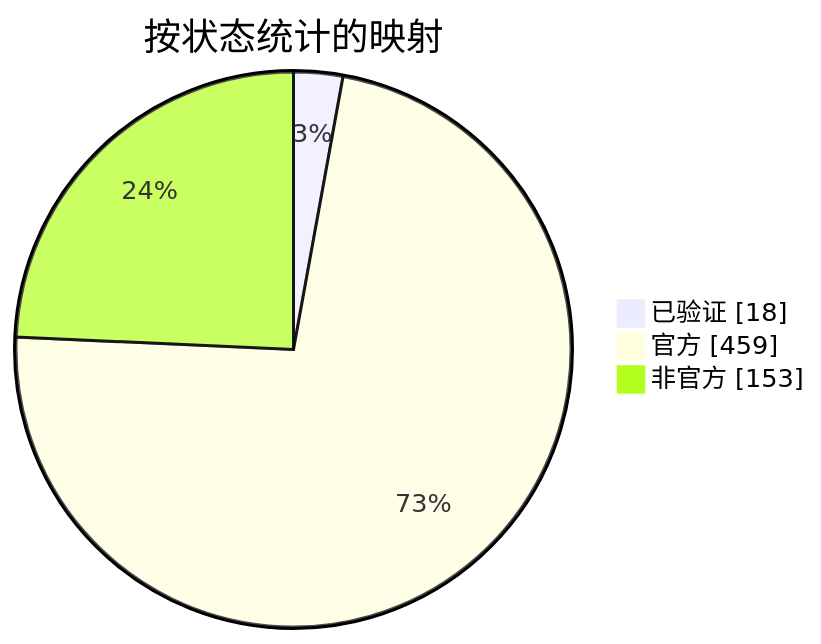
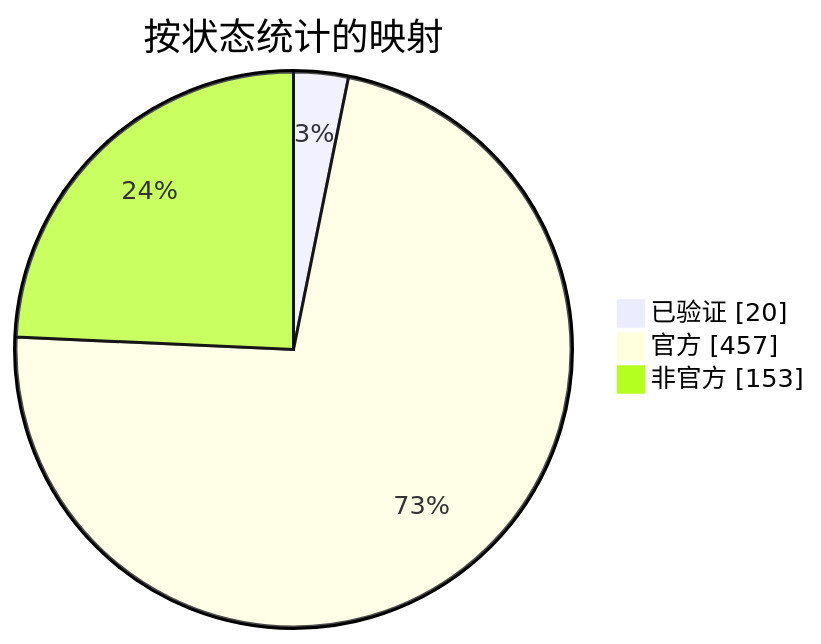
One commit to nobrega8/mbmap-library changed the diagram in docs/readme/README_ZHS.md. Above: the diagram before and after it, drawn with Mermaid. The commit also changed 7 other files, not shown here.

````diff
--- a/docs/readme/README_ZHS.md
+++ b/docs/readme/README_ZHS.md
@@ -54,7 +54,7 @@
 ```mermaid
 pie showData
     title 按状态统计的映射
-    "已验证" : 18
-    "官方" : 459
+    "已验证" : 20
+    "官方" : 457
     "非官方" : 153
 ```
````
